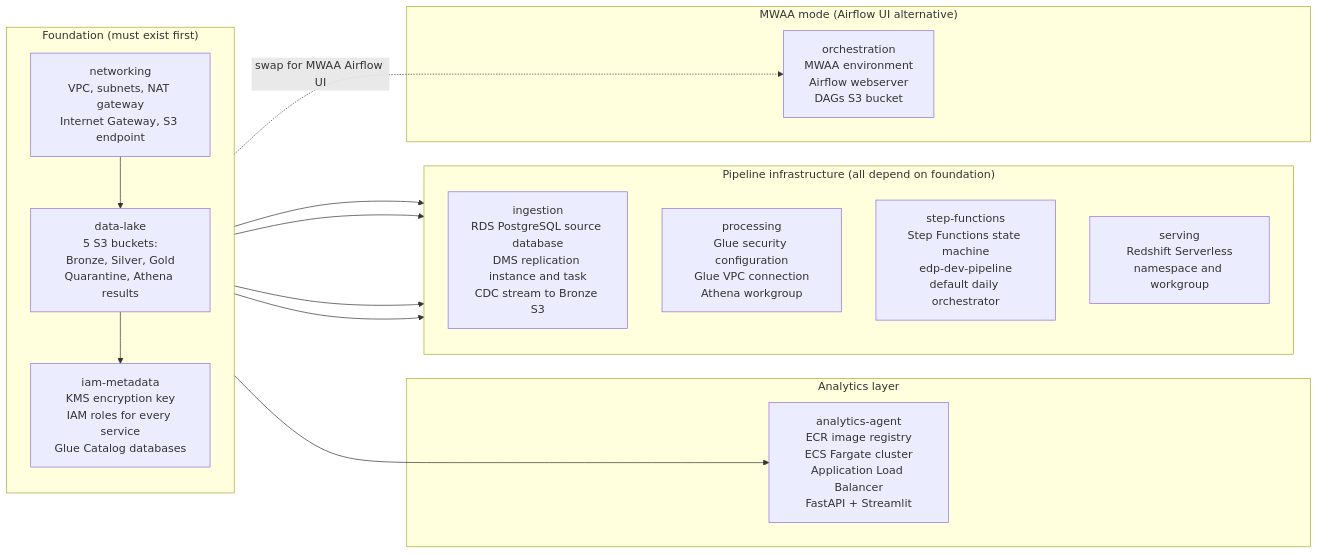
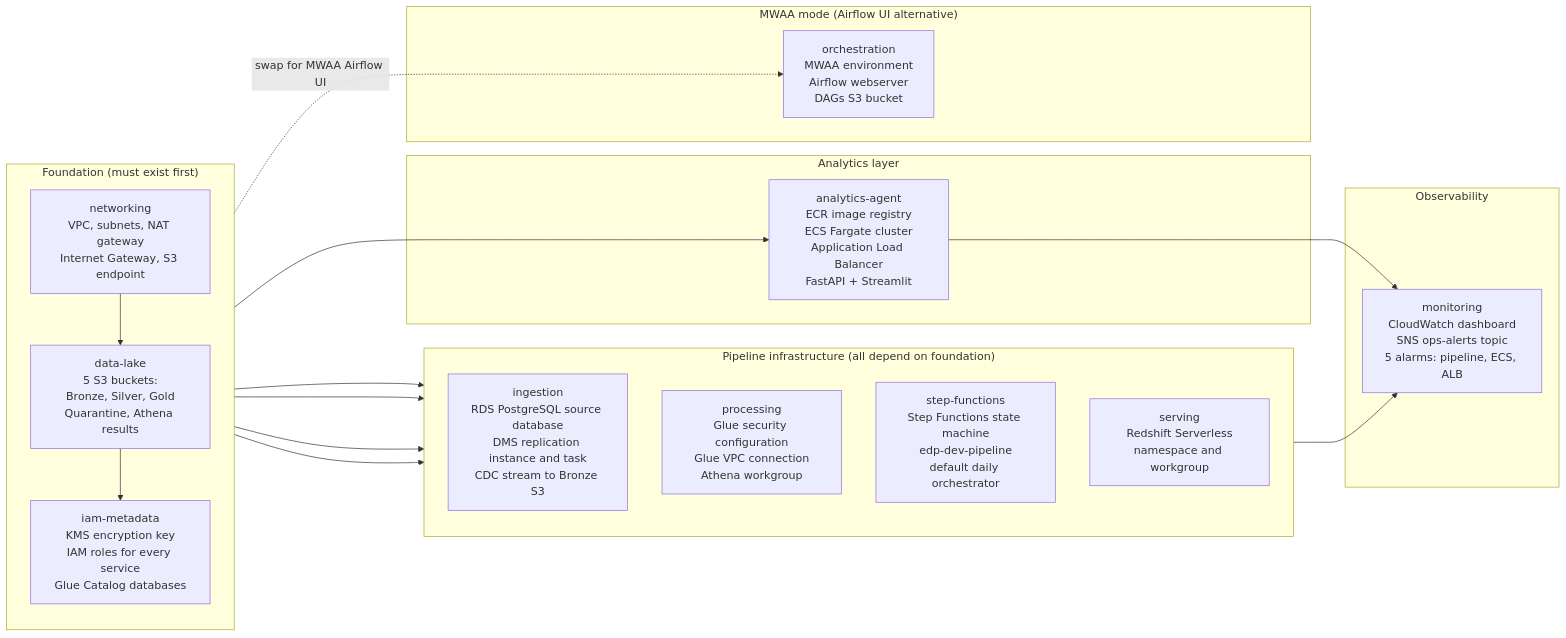
The first of 3 diagrams in README.md (enterprise-data-platform-emeka/terraform-platform-infra-live), drawn with Mermaid before and after one commit. The commit also changed other lines of this file and 16 other files, not shown here.

````diff
--- a/README.md
+++ b/README.md
@@ -39,29 +39,35 @@
 ```mermaid
 flowchart LR
     subgraph foundation["Foundation (must exist first)"]
         direction TB
         NET["networking\nVPC, subnets, NAT gateway\nInternet Gateway, S3 endpoint"]
         DL["data-lake\n5 S3 buckets:\nBronze, Silver, Gold\nQuarantine, Athena results"]
         IAM["iam-metadata\nKMS encryption key\nIAM roles for every service\nGlue Catalog databases"]
         NET --> DL --> IAM
     end
 
     subgraph pipeline["Pipeline infrastructure (all depend on foundation)"]
         direction TB
         ING["ingestion\nRDS PostgreSQL source database\nDMS replication instance and task\nCDC stream to Bronze S3"]
         PROC["processing\nGlue security configuration\nGlue VPC connection\nAthena workgroup"]
         SFN["step-functions\nStep Functions state machine\nedp-dev-pipeline\ndefault daily orchestrator"]
         SERV["serving\nRedshift Serverless\nnamespace and workgroup"]
     end
 
     subgraph agent["Analytics layer"]
         AA["analytics-agent\nECR image registry\nECS Fargate cluster\nApplication Load Balancer\nFastAPI + Streamlit"]
     end
 
     subgraph mwaa["MWAA mode (Airflow UI alternative)"]
         ORCH["orchestration\nMWAA environment\nAirflow webserver\nDAGs S3 bucket"]
     end
 
+    subgraph mon["Observability"]
+        MON["monitoring\nCloudWatch dashboard\nSNS ops-alerts topic\n5 alarms: pipeline, ECS, ALB"]
+    end
+
     IAM --> ING & PROC & SFN & SERV & AA
     IAM -.->|"swap for MWAA Airflow UI"| ORCH
+    SFN --> MON
+    AA --> MON
 ```
````
